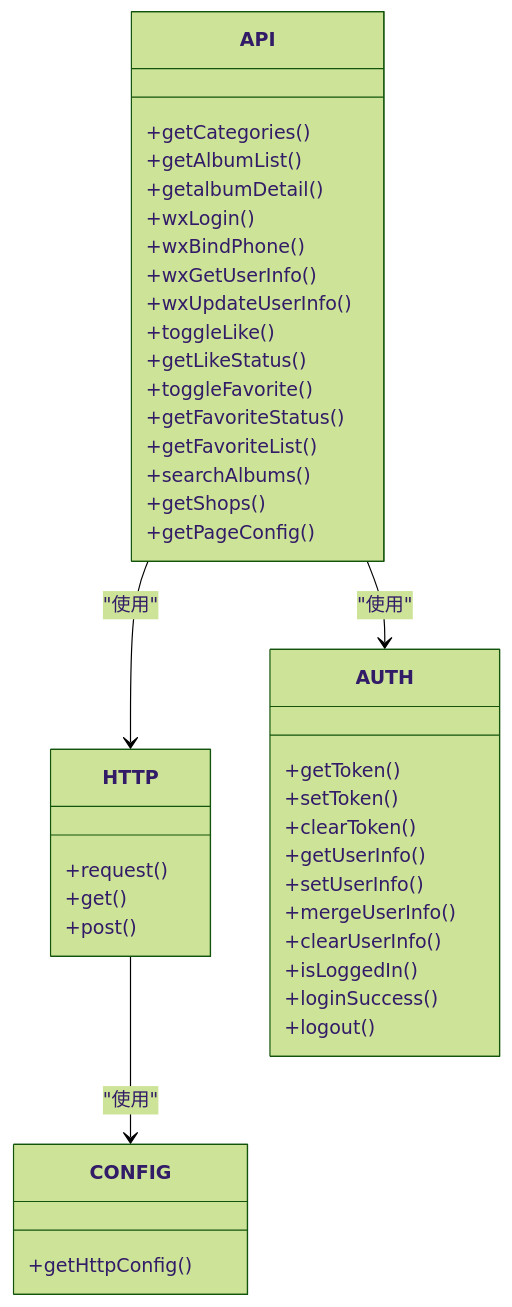
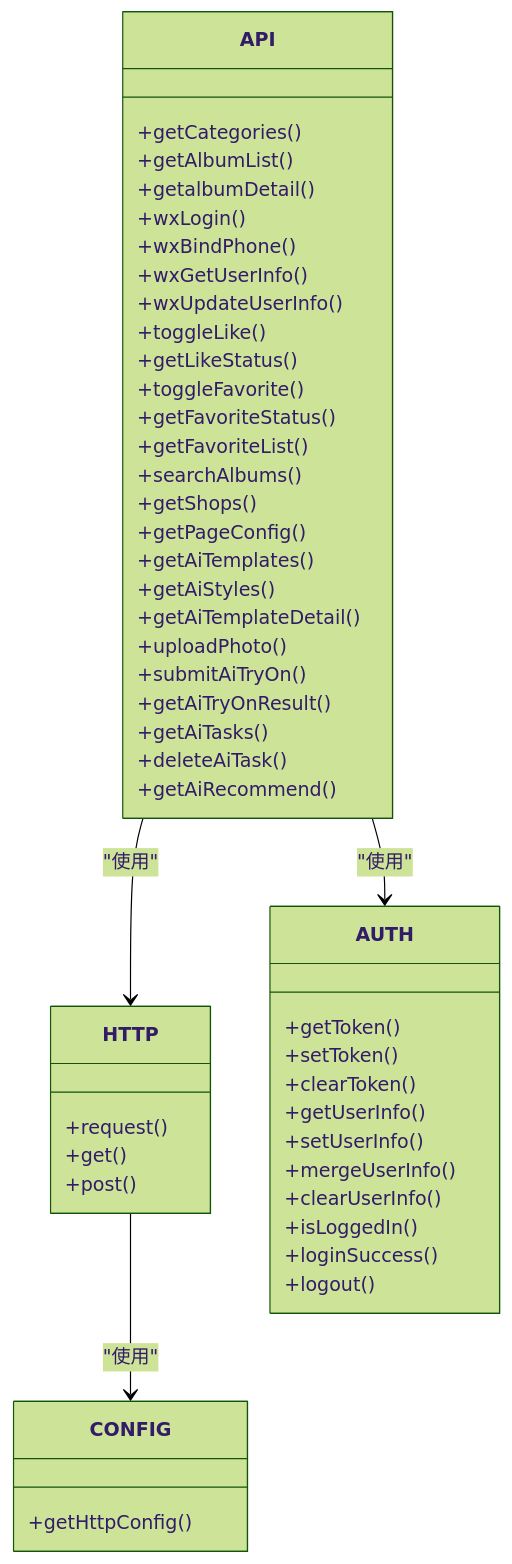
One commit to crazyma99/blueberry changed the third of 3 diagrams in .qoder/repowiki/zh/content/工具模块详解/API接口封装层.md. Above: the diagram before and after it, drawn with Mermaid (forest theme). The commit also changed other lines of this file and 8 other files, not shown here.

````diff
--- a/.qoder/repowiki/zh/content/工具模块详解/API接口封装层.md
+++ b/.qoder/repowiki/zh/content/工具模块详解/API接口封装层.md
@@ -289,43 +395,52 @@
 ```mermaid
 classDiagram
 class API {
 +getCategories()
 +getAlbumList()
 +getalbumDetail()
 +wxLogin()
 +wxBindPhone()
 +wxGetUserInfo()
 +wxUpdateUserInfo()
 +toggleLike()
 +getLikeStatus()
 +toggleFavorite()
 +getFavoriteStatus()
 +getFavoriteList()
 +searchAlbums()
 +getShops()
 +getPageConfig()
++getAiTemplates()
++getAiStyles()
++getAiTemplateDetail()
++uploadPhoto()
++submitAiTryOn()
++getAiTryOnResult()
++getAiTasks()
++deleteAiTask()
++getAiRecommend()
 }
 class HTTP {
 +request()
 +get()
 +post()
 }
 class AUTH {
 +getToken()
 +setToken()
 +clearToken()
 +getUserInfo()
 +setUserInfo()
 +mergeUserInfo()
 +clearUserInfo()
 +isLoggedIn()
 +loginSuccess()
 +logout()
 }
 class CONFIG {
 +getHttpConfig()
 }
 API --> HTTP : "使用"
 API --> AUTH : "使用"
 HTTP --> CONFIG : "使用"
 ```
````
